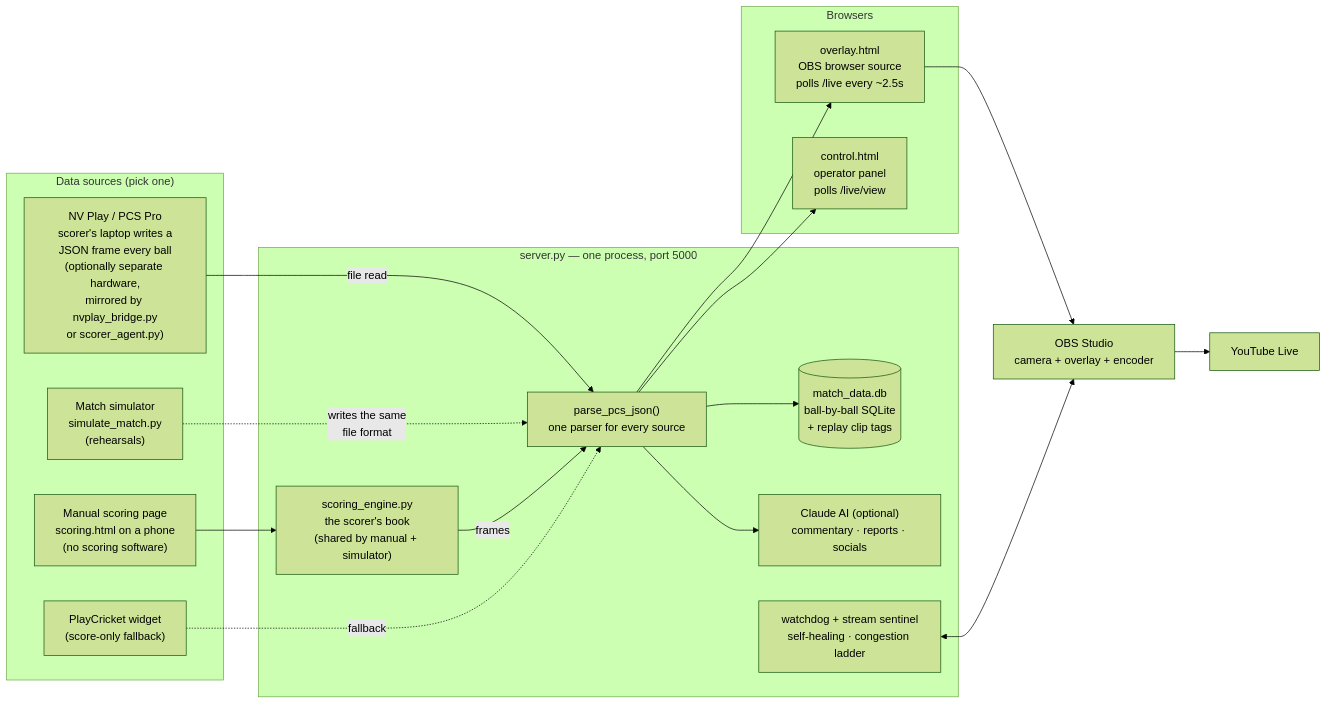
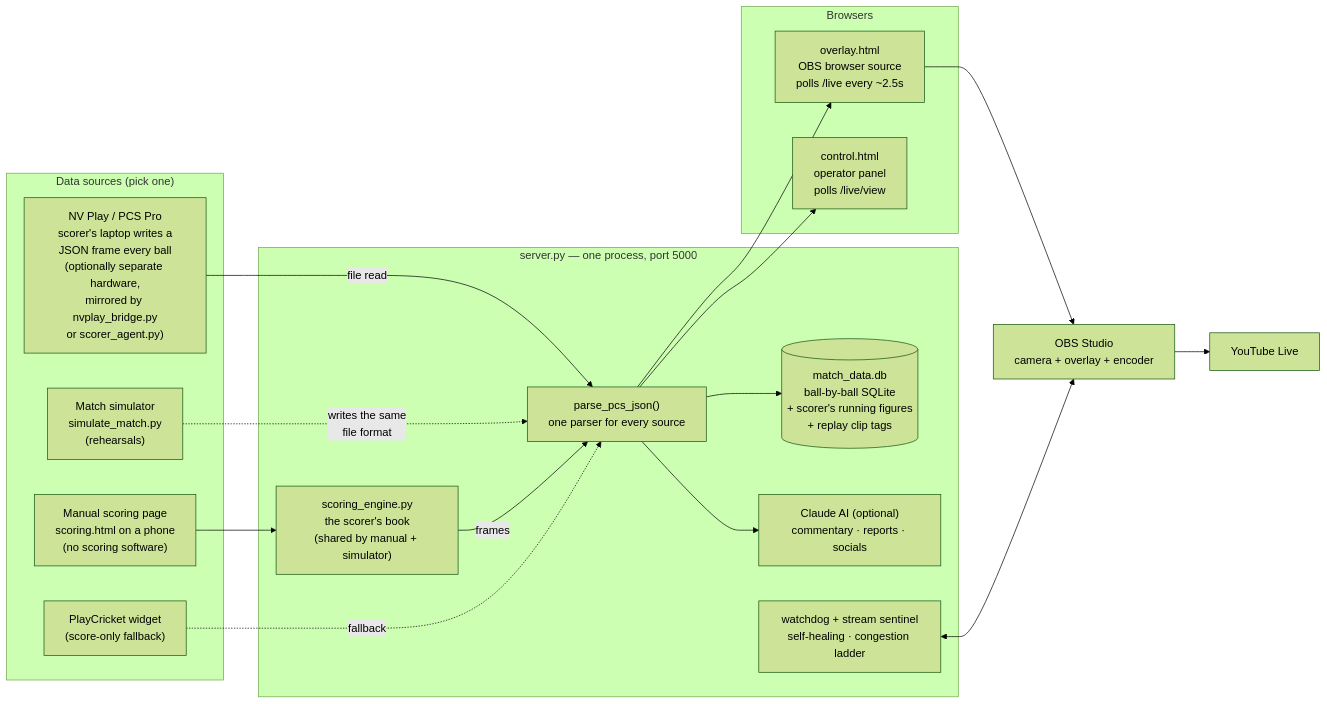
The first of 2 diagrams in ARCHITECTURE.md (BridestoweBelstoneCC/Cricket-Live-Stream), drawn with Mermaid (forest theme) before and after one commit. The commit also changed other lines of this file and 7 other files, not shown here.

````diff
--- a/ARCHITECTURE.md
+++ b/ARCHITECTURE.md
@@ -16,38 +16,38 @@
 ```mermaid
 flowchart LR
     subgraph sources["Data sources (pick one)"]
         NV["NV Play / PCS Pro<br/>scorer's laptop writes a<br/>JSON frame every ball<br/>(optionally separate hardware,<br/>mirrored by nvplay_bridge.py<br/>or scorer_agent.py)"]
         MAN["Manual scoring page<br/>scoring.html on a phone<br/>(no scoring software)"]
         SIM["Match simulator<br/>simulate_match.py<br/>(rehearsals)"]
         WID["PlayCricket widget<br/>(score-only fallback)"]
     end
 
     subgraph srv["server.py — one process, port 5000"]
         PARSE["parse_pcs_json()<br/>one parser for every source"]
         ENG["scoring_engine.py<br/>the scorer's book<br/>(shared by manual + simulator)"]
-        DB[("match_data.db<br/>ball-by-ball SQLite<br/>+ replay clip tags")]
+        DB[("match_data.db<br/>ball-by-ball SQLite<br/>+ scorer's running figures<br/>+ replay clip tags")]
         AI["Claude AI (optional)<br/>commentary · reports · socials"]
         WATCH["watchdog + stream sentinel<br/>self-healing · congestion ladder"]
     end
 
     subgraph consumers["Browsers"]
         OV["overlay.html<br/>OBS browser source<br/>polls /live every ~2.5s"]
         CP["control.html<br/>operator panel<br/>polls /live/view"]
     end
 
     OBS["OBS Studio<br/>camera + overlay + encoder"]
     YT["YouTube Live"]
 
     NV -- "file read" --> PARSE
     MAN --> ENG
     SIM -. "writes the same<br/>file format" .-> PARSE
     ENG -- "frames" --> PARSE
     WID -. "fallback" .-> PARSE
     PARSE --> OV
     PARSE --> CP
     PARSE --> DB
     PARSE --> AI
     OV --> OBS
     WATCH <--> OBS
     OBS --> YT
 ```
````
